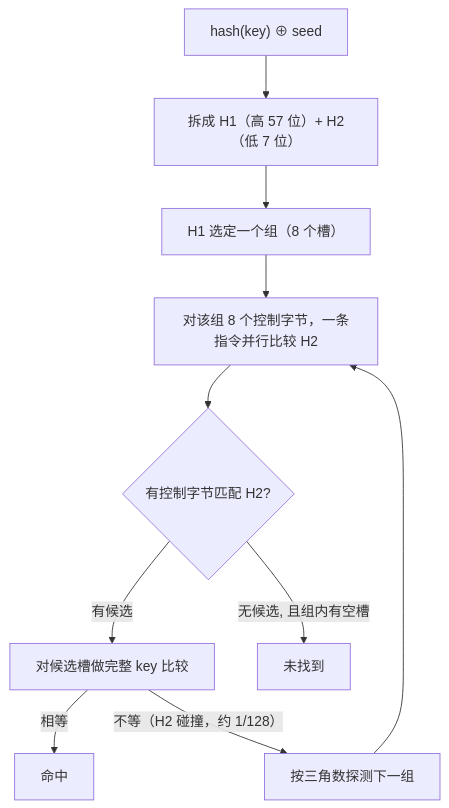
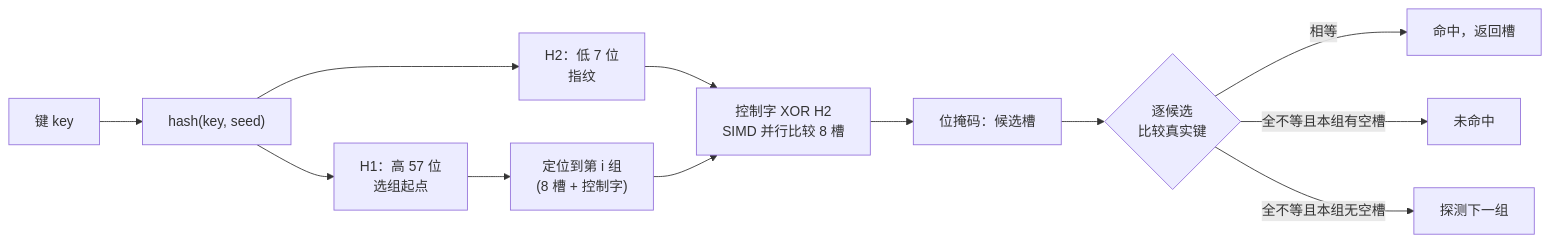
Before and after one commit to golang-design/under-the-hood: the diagram in book/zh-cn/part2lang/ch05data/map.md, drawn with Mermaid. The commit also changed other lines of this file and 4 other files, not shown here.

````diff
--- a/book/zh-cn/part2lang/ch05data/map.md
+++ b/book/zh-cn/part2lang/ch05data/map.md
@@ -48,12 +118,14 @@
 ```mermaid
-flowchart TD
-    H["hash(key) ⊕ seed"] --> SPLIT["拆成 H1（高 57 位）+ H2（低 7 位）"]
-    SPLIT --> G["H1 选定一个组（8 个槽）"]
-    G --> SIMD["对该组 8 个控制字节，一条指令并行比较 H2"]
-    SIMD --> M{有控制字节匹配 H2?}
-    M -->|有候选| CMP["对候选槽做完整 key 比较"]
-    M -->|无候选, 且组内有空槽| MISS[未找到]
-    CMP -->|相等| HIT[命中]
-    CMP -->|不等（H2 碰撞，约 1/128）| NEXT["按三角数探测下一组"]
-    NEXT --> SIMD
+flowchart LR
+    K["键 key"] --> H["hash(key, seed)"]
+    H --> H1["H1：高 57 位<br/>选组起点"]
+    H --> H2["H2：低 7 位<br/>指纹"]
+    H1 --> G["定位到第 i 组<br/>(8 槽 + 控制字)"]
+    H2 --> M["控制字 XOR H2<br/>SIMD 并行比较 8 槽"]
+    G --> M
+    M --> B["位掩码：候选槽"]
+    B --> C{"逐候选<br/>比较真实键"}
+    C -->|相等| F["命中，返回槽"]
+    C -->|全不等且本组有空槽| E["未命中"]
+    C -->|全不等且本组无空槽| N["探测下一组"]
 ```
````
